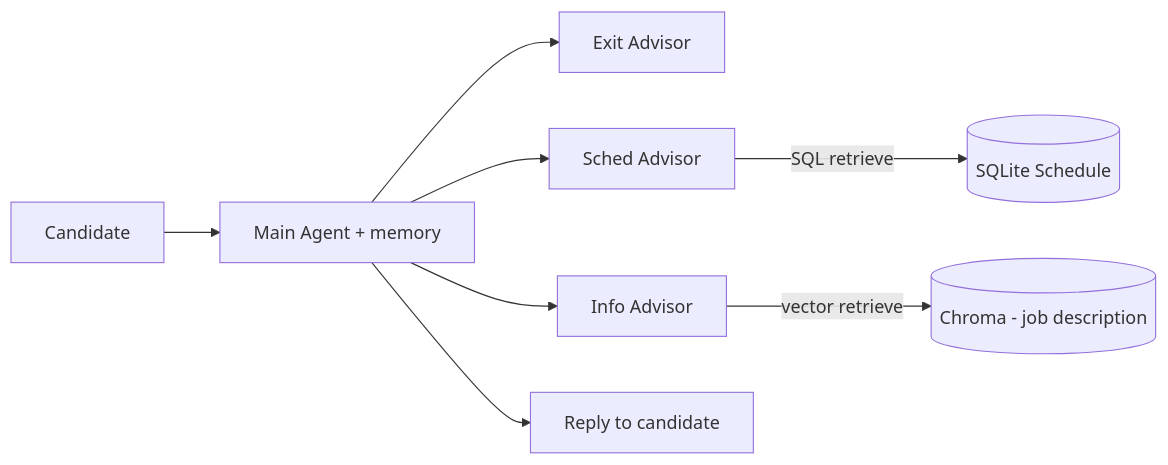
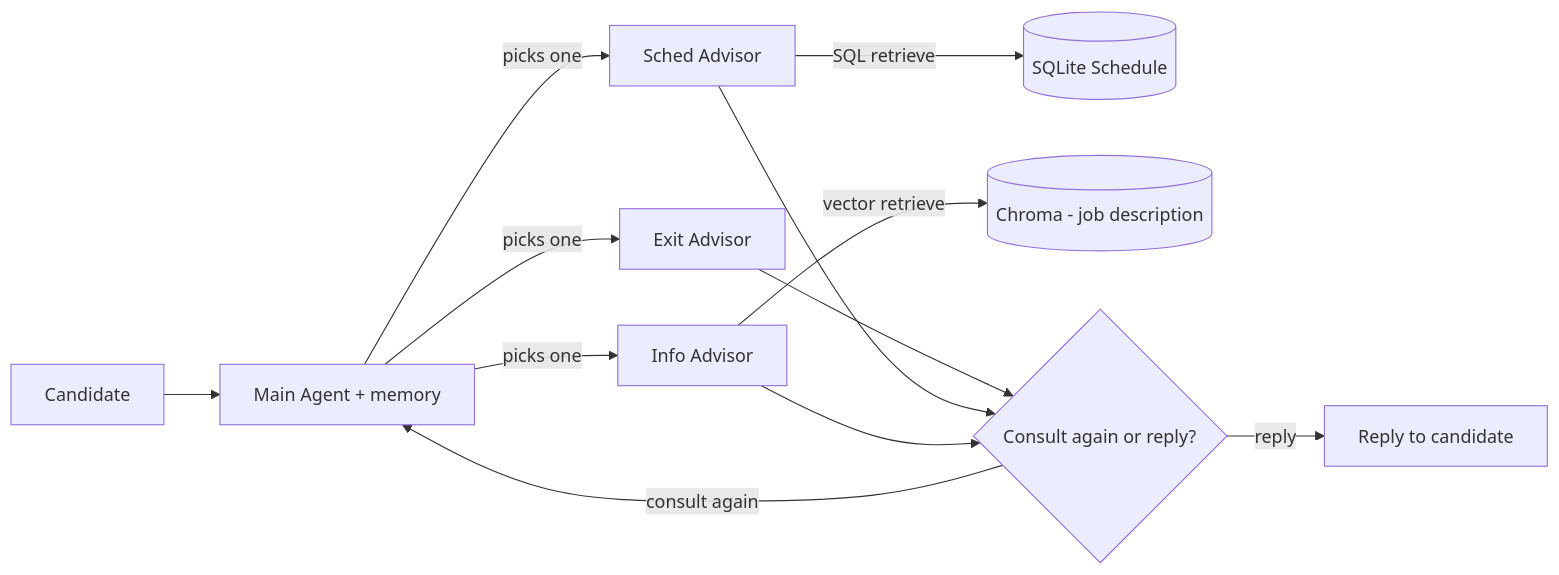
One commit to majdrd/RecruitAI changed the diagram in README.md. Above: the diagram before and after it, drawn with Mermaid. The commit also changed other lines of this file and 7 other files, not shown here.

First line of the commit message:
Teach the skeleton the Main Agent's two decisions

````diff
--- a/README.md
+++ b/README.md
@@ -50,10 +51,14 @@
 ```mermaid
 flowchart LR
     Candidate[Candidate] --> MainAgent[Main Agent + memory]
-    MainAgent --> ExitAdvisor[Exit Advisor]
-    MainAgent --> SchedAdvisor[Sched Advisor]
-    MainAgent --> InfoAdvisor[Info Advisor]
+    MainAgent -->|picks one| ExitAdvisor[Exit Advisor]
+    MainAgent -->|picks one| SchedAdvisor[Sched Advisor]
+    MainAgent -->|picks one| InfoAdvisor[Info Advisor]
     SchedAdvisor -->|SQL retrieve| Schedule[(SQLite Schedule)]
     InfoAdvisor -->|vector retrieve| Chroma[(Chroma - job description)]
-    MainAgent --> Reply[Reply to candidate]
+    ExitAdvisor --> Decide{"Consult again or reply?"}
+    SchedAdvisor --> Decide
+    InfoAdvisor --> Decide
+    Decide -->|consult again| MainAgent
+    Decide -->|reply| Reply[Reply to candidate]
 ```
````
